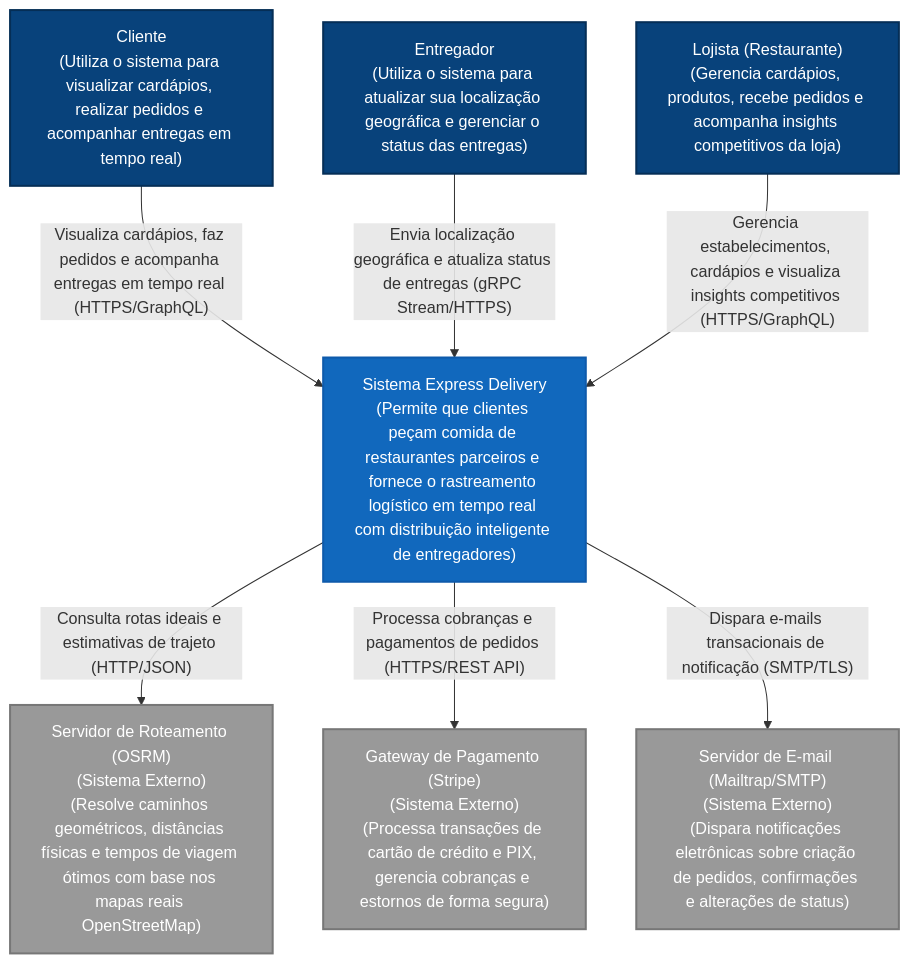
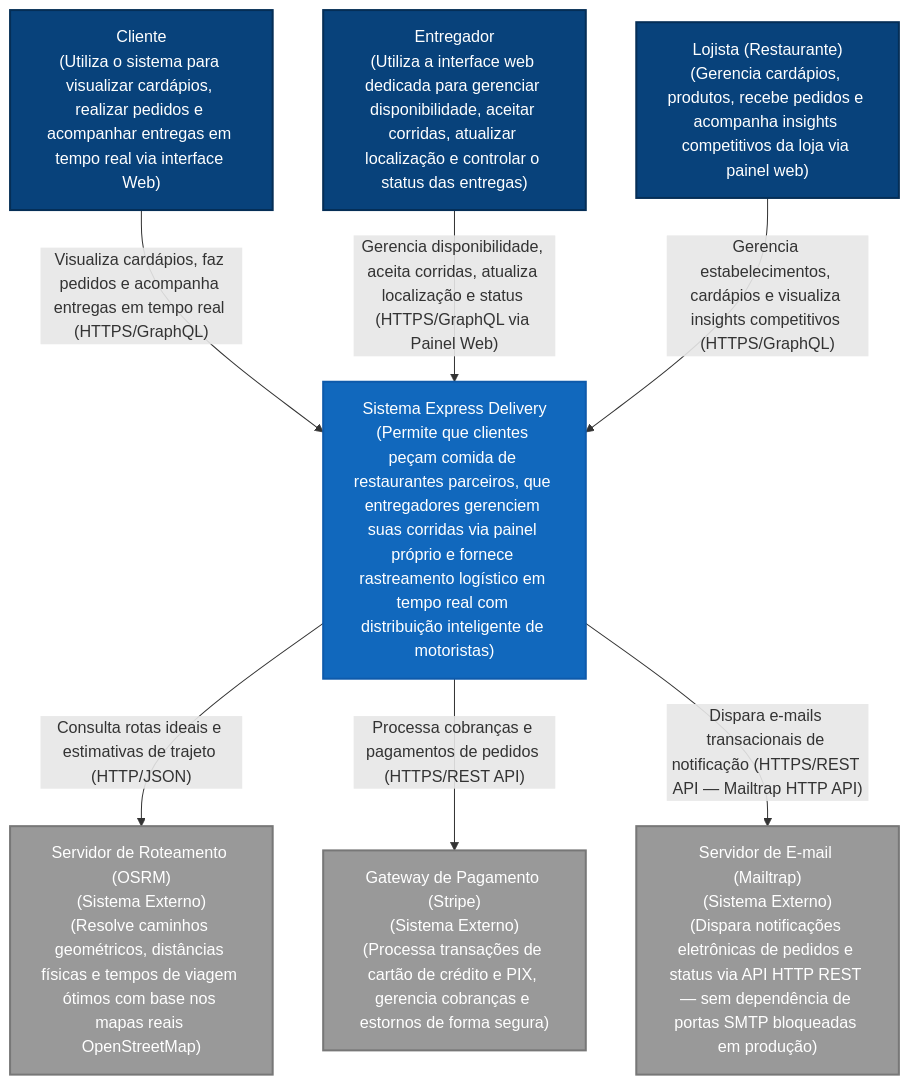
The diagram in docs/diagramas/c1/c4_l1_context.md (arthurair3s/arquitetura-de-software), drawn with Mermaid before and after one commit. The commit also changed 6 other files, not shown here.

Commit message:
docs: update C4 diagrams (C1, C2, C3) in markdown and plantuml, update README.md with driver app and roadmap

````diff
--- a/docs/diagramas/c1/c4_l1_context.md
+++ b/docs/diagramas/c1/c4_l1_context.md
@@ -5,26 +5,26 @@
 ```mermaid
 graph TD
     %% Styling
     classDef person fill:#08427b,stroke:#052e56,stroke-width:2px,color:#fff;
     classDef system fill:#1168bd,stroke:#0e5aab,stroke-width:2px,color:#fff;
     classDef ext fill:#999999,stroke:#777777,stroke-width:2px,color:#fff;
 
     %% Elements
-    cliente["Cliente<br>(Utiliza o sistema para visualizar cardápios, realizar pedidos e acompanhar entregas em tempo real)"]:::person
-    entregador["Entregador<br>(Utiliza o sistema para atualizar sua localização geográfica e gerenciar o status das entregas)"]:::person
-    lojista["Lojista (Restaurante)<br>(Gerencia cardápios, produtos, recebe pedidos e acompanha insights competitivos da loja)"]:::person
+    cliente["Cliente<br>(Utiliza o sistema para visualizar cardápios, realizar pedidos e acompanhar entregas em tempo real via interface Web)"]:::person
+    entregador["Entregador<br>(Utiliza a interface web dedicada para gerenciar disponibilidade, aceitar corridas, atualizar localização e controlar o status das entregas)"]:::person
+    lojista["Lojista (Restaurante)<br>(Gerencia cardápios, produtos, recebe pedidos e acompanha insights competitivos da loja via painel web)"]:::person
 
-    express_delivery["Sistema Express Delivery<br>(Permite que clientes peçam comida de restaurantes parceiros e fornece o rastreamento logístico em tempo real com distribuição inteligente de entregadores)"]:::system
+    express_delivery["Sistema Express Delivery<br>(Permite que clientes peçam comida de restaurantes parceiros, que entregadores gerenciem suas corridas via painel próprio e fornece rastreamento logístico em tempo real com distribuição inteligente de motoristas)"]:::system
 
     osrm_server["Servidor de Roteamento (OSRM)<br>(Sistema Externo)<br>(Resolve caminhos geométricos, distâncias físicas e tempos de viagem ótimos com base nos mapas reais OpenStreetMap)"]:::ext
     stripe["Gateway de Pagamento (Stripe)<br>(Sistema Externo)<br>(Processa transações de cartão de crédito e PIX, gerencia cobranças e estornos de forma segura)"]:::ext
-    mailtrap["Servidor de E-mail (Mailtrap/SMTP)<br>(Sistema Externo)<br>(Dispara notificações eletrônicas sobre criação de pedidos, confirmações e alterações de status)"]:::ext
+    mailtrap["Servidor de E-mail (Mailtrap)<br>(Sistema Externo)<br>(Dispara notificações eletrônicas de pedidos e status via API HTTP REST — sem dependência de portas SMTP bloqueadas em produção)"]:::ext
 
     %% Relationships
     cliente -->|"Visualiza cardápios, faz pedidos e acompanha entregas em tempo real (HTTPS/GraphQL)"| express_delivery
-    entregador -->|"Envia localização geográfica e atualiza status de entregas (gRPC Stream/HTTPS)"| express_delivery
+    entregador -->|"Gerencia disponibilidade, aceita corridas, atualiza localização e status (HTTPS/GraphQL via Painel Web)"| express_delivery
     lojista -->|"Gerencia estabelecimentos, cardápios e visualiza insights competitivos (HTTPS/GraphQL)"| express_delivery
     express_delivery -->|"Consulta rotas ideais e estimativas de trajeto (HTTP/JSON)"| osrm_server
     express_delivery -->|"Processa cobranças e pagamentos de pedidos (HTTPS/REST API)"| stripe
-    express_delivery -->|"Dispara e-mails transacionais de notificação (SMTP/TLS)"| mailtrap
+    express_delivery -->|"Dispara e-mails transacionais de notificação (HTTPS/REST API — Mailtrap HTTP API)"| mailtrap
 ```
````
